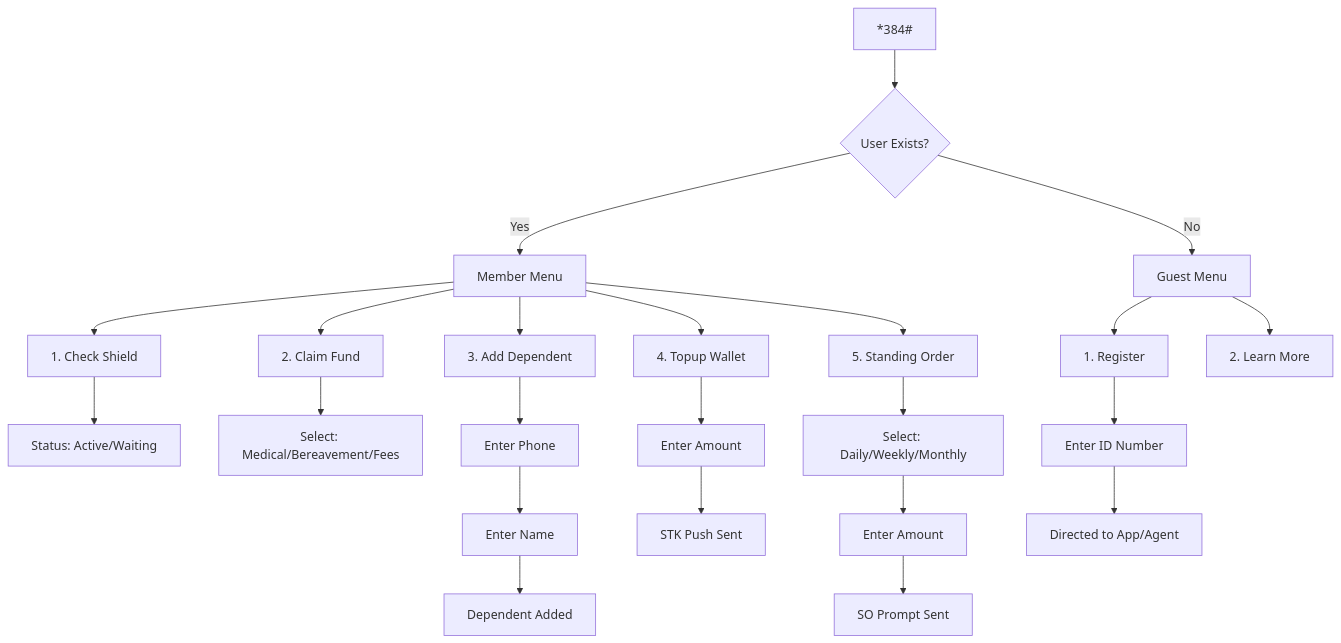
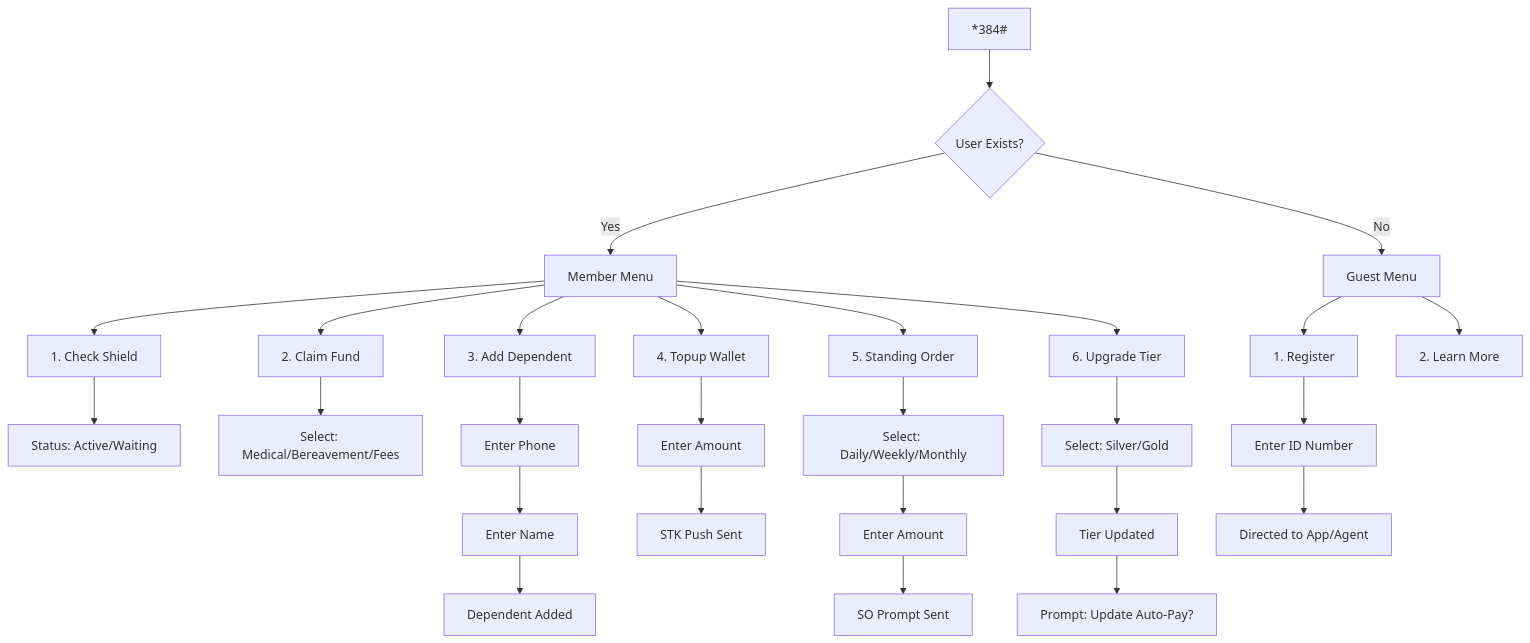
One commit to georgefaceprint/hazina-care-fund changed the diagram in _agents/workflows/ussd_menu.md. Above: the diagram before and after it, drawn with Mermaid. The commit also changed 2 other files, not shown here.

Commit message:
Refine UI: merge profile/ID and consolidate stats

````diff
--- a/_agents/workflows/ussd_menu.md
+++ b/_agents/workflows/ussd_menu.md
@@ -11,23 +11,25 @@
 ```mermaid
 graph TD
     Start[*384#] --> CheckUser{User Exists?}
     
     CheckUser -- Yes --> MemberMenu[Member Menu]
     MemberMenu --> M1[1. Check Shield]
     MemberMenu --> M2[2. Claim Fund]
     MemberMenu --> M3[3. Add Dependent]
     MemberMenu --> M4[4. Topup Wallet]
     MemberMenu --> M5[5. Standing Order]
+    MemberMenu --> M6[6. Upgrade Tier]
     
     M1 --> ShieldRes[Status: Active/Waiting]
     M2 --> ClaimType[Select: Medical/Bereavement/Fees]
     M3 --> DepPhone[Enter Phone] --> DepName[Enter Name] --> DepSuccess[Dependent Added]
     M4 --> TopupAmt[Enter Amount] --> TopupSTK[STK Push Sent]
     M5 --> Freeq[Select: Daily/Weekly/Monthly] --> SOAmt[Enter Amount] --> SOSTK[SO Prompt Sent]
+    M6 --> TierSel[Select: Silver/Gold] --> TierConf[Tier Updated] --> SmartSO[Prompt: Update Auto-Pay?]
     
     CheckUser -- No --> GuestMenu[Guest Menu]
     GuestMenu --> G1[1. Register]
     GuestMenu --> G2[2. Learn More]
     
     G1 --> RegID[Enter ID Number] --> RegApp[Directed to App/Agent]
 ```
````
